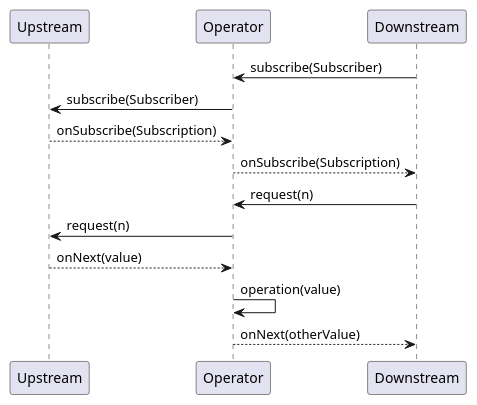
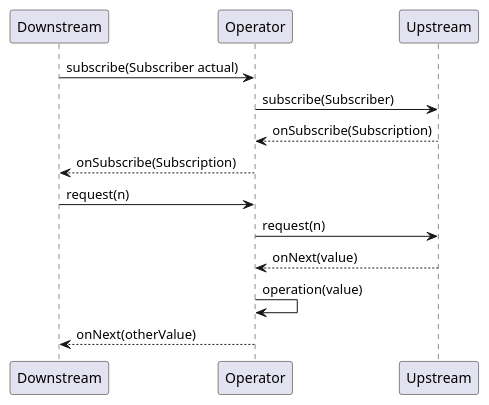
The second of 2 diagrams in _diary/2024-06-18.md (yanghoon/obsidian-workspace), drawn with PlantUML before and after one commit.

Commit message:
vault backup: 2024-06-19 00:49:42

````diff
--- a/_diary/2024-06-18.md
+++ b/_diary/2024-06-18.md
@@ -41,20 +41,20 @@
 ```plantuml
 @startuml
 
+participant Downstream as Down
+participant Operator as Ops
 participant Upstream as Up
-participant Operator as Ops
-participant Downstream as Down
 
-Down -> Ops: subscribe(Subscriber)
+Down -> Ops: subscribe(Subscriber actual)
 Ops -> Up: subscribe(Subscriber)
 Ops <-- Up: onSubscribe(Subscription)
 Down <-- Ops: onSubscribe(Subscription)
 
 Down -> Ops: request(n)
 Ops -> Up: request(n)
 Ops <-- Up: onNext(value)
 Ops -> Ops: operation(value)
 Down <-- Ops: onNext(otherValue)
 
 @enduml
 ```
````
